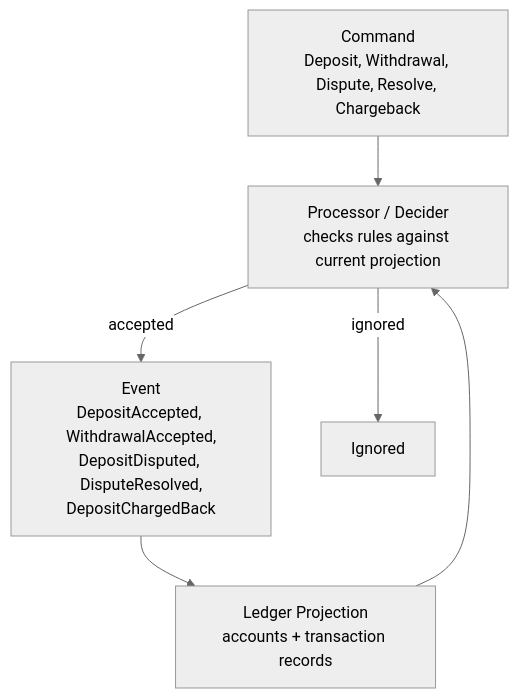
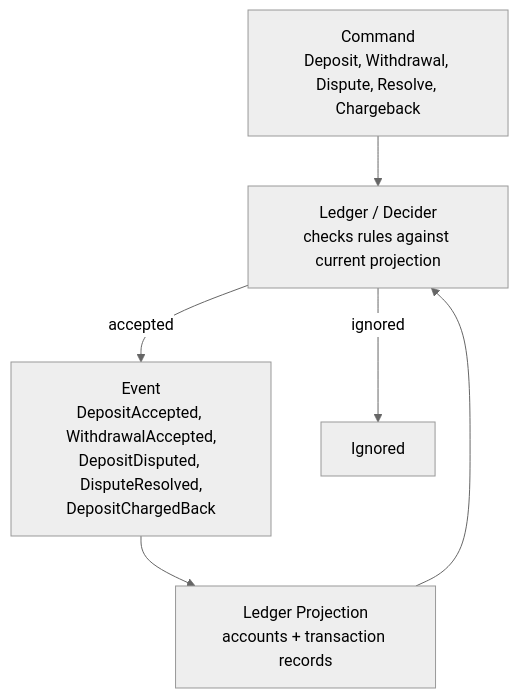
Before and after one commit to leonardorudolfocardoso/themis: the second of 3 diagrams in docs/event-sourcing-architecture.md, drawn with Mermaid (neutral theme). The commit also changed other lines of this file and 5 other files, not shown here.

Commit message:
refactor: rename processor facade to ledger

````diff
--- a/docs/event-sourcing-architecture.md
+++ b/docs/event-sourcing-architecture.md
@@ -37,16 +37,16 @@
 ```mermaid
 flowchart TD
     Command[Command<br/>Deposit, Withdrawal, Dispute, Resolve, Chargeback]
 
-    Decider[Processor / Decider<br/>checks rules against current projection]
+    Decider[Ledger / Decider<br/>checks rules against current projection]
 
     Event[Event<br/>DepositAccepted, WithdrawalAccepted,<br/>DepositDisputed, DisputeResolved,<br/>DepositChargedBack]
 
     Projection[Ledger Projection<br/>accounts + transaction records]
 
     Command --> Decider
     Projection --> Decider
     Decider -->|accepted| Event
     Decider -->|ignored| Ignored[Ignored]
     Event --> Projection
 ```
````
